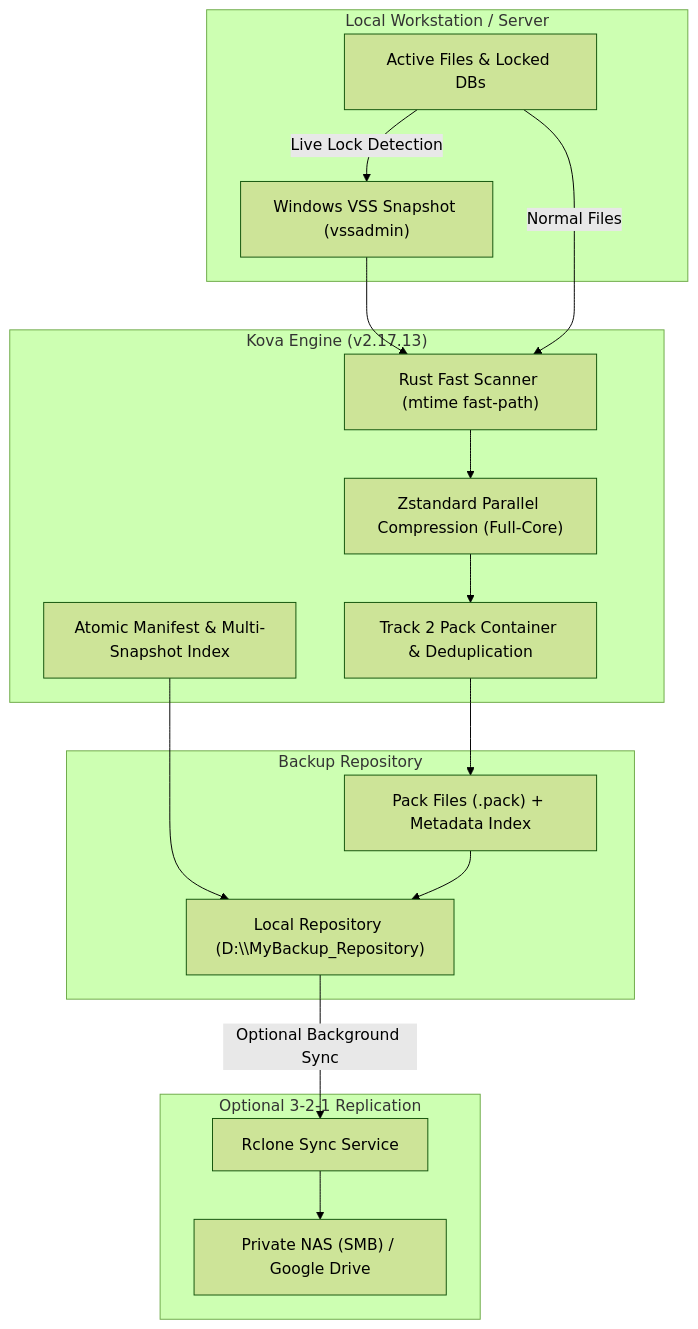
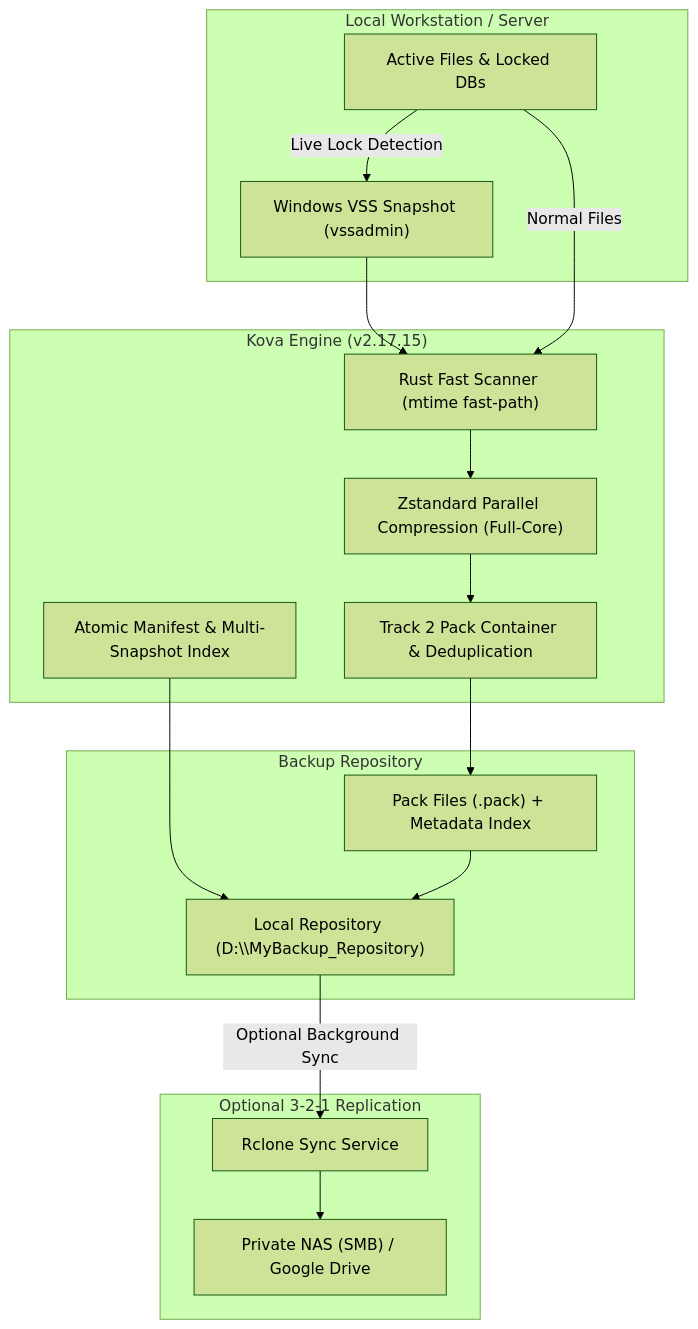
The diagram in README.md (kks3365550/Kova), drawn with Mermaid (forest theme) before and after one commit. The commit also changed other lines of this file and 4 other files, not shown here.

Commit message:
release: v2.17.15 - Pin get_trusted_public_key_paths to v2 key, add InstallDelete in ISS for v1 key purge, and accurately document crypto architecture

````diff
--- a/README.md
+++ b/README.md
@@ -48,35 +48,35 @@
 ```mermaid
 flowchart TD
     subgraph Sources["Local Workstation / Server"]
         SourceFiles["Active Files & Locked DBs"]
         VSS["Windows VSS Snapshot (vssadmin)"]
     end
 
-    subgraph CoreEngine["Kova Engine (v2.17.13)"]
+    subgraph CoreEngine["Kova Engine (v2.17.15)"]
         Scanner["Rust Fast Scanner (mtime fast-path)"]
         Compressor["Zstandard Parallel Compression (Full-Core)"]
         Packer["Track 2 Pack Container & Deduplication"]
         Manifest["Atomic Manifest & Multi-Snapshot Index"]
     end
 
     subgraph Storage["Backup Repository"]
         LocalRepo["Local Repository (D:\\MyBackup_Repository)"]
         PackBlobs["Pack Files (.pack) + Metadata Index"]
     end
 
     subgraph Offsite["Optional 3-2-1 Replication"]
         RcloneSync["Rclone Sync Service"]
         CloudNAS["Private NAS (SMB) / Google Drive"]
     end
 
     SourceFiles -->|Live Lock Detection| VSS
     VSS --> Scanner
     SourceFiles -->|Normal Files| Scanner
     Scanner --> Compressor
     Compressor --> Packer
     Packer --> PackBlobs
     Manifest --> LocalRepo
     PackBlobs --> LocalRepo
     LocalRepo -->|Optional Background Sync| RcloneSync
     RcloneSync --> CloudNAS
 ```
````
